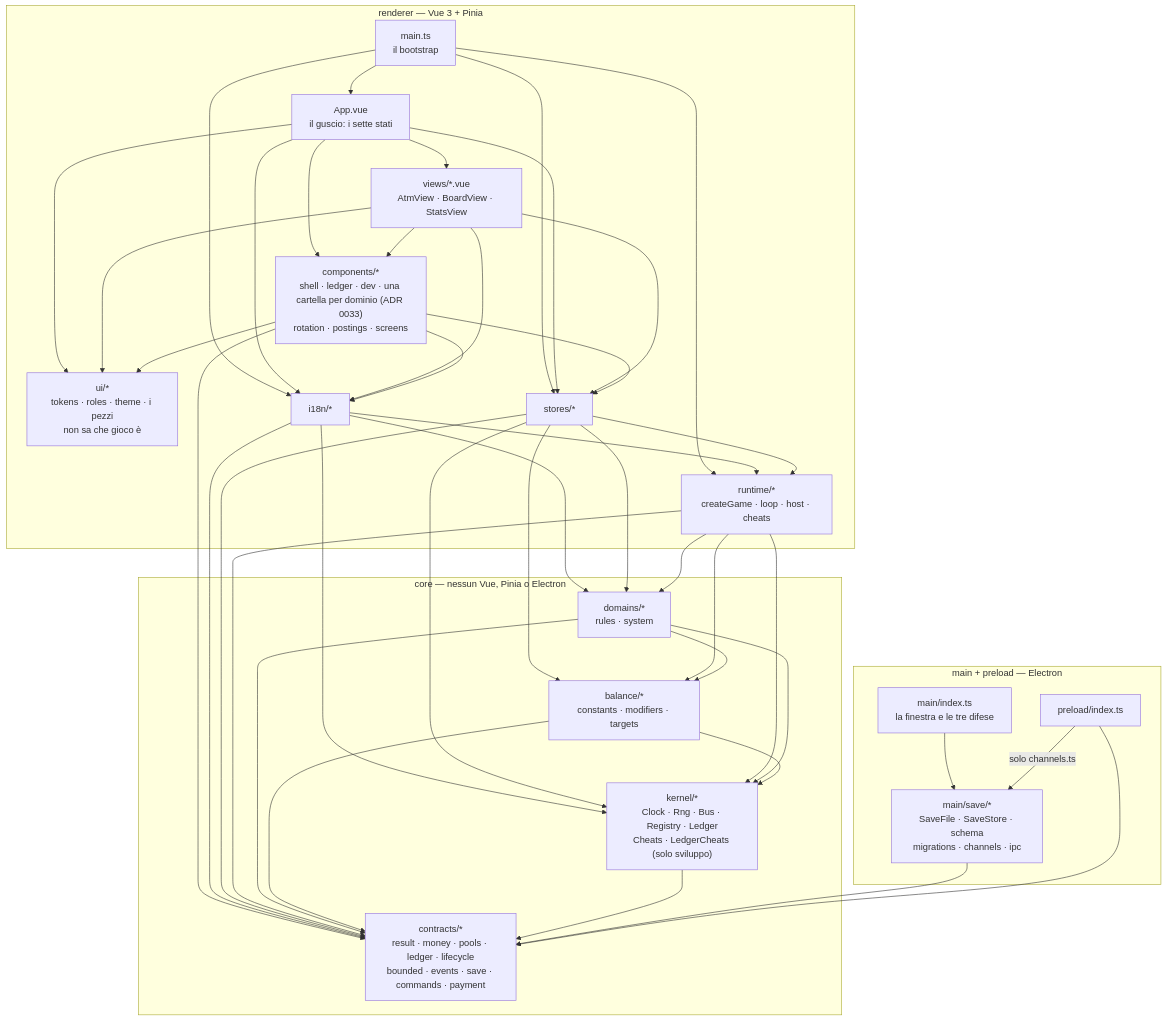
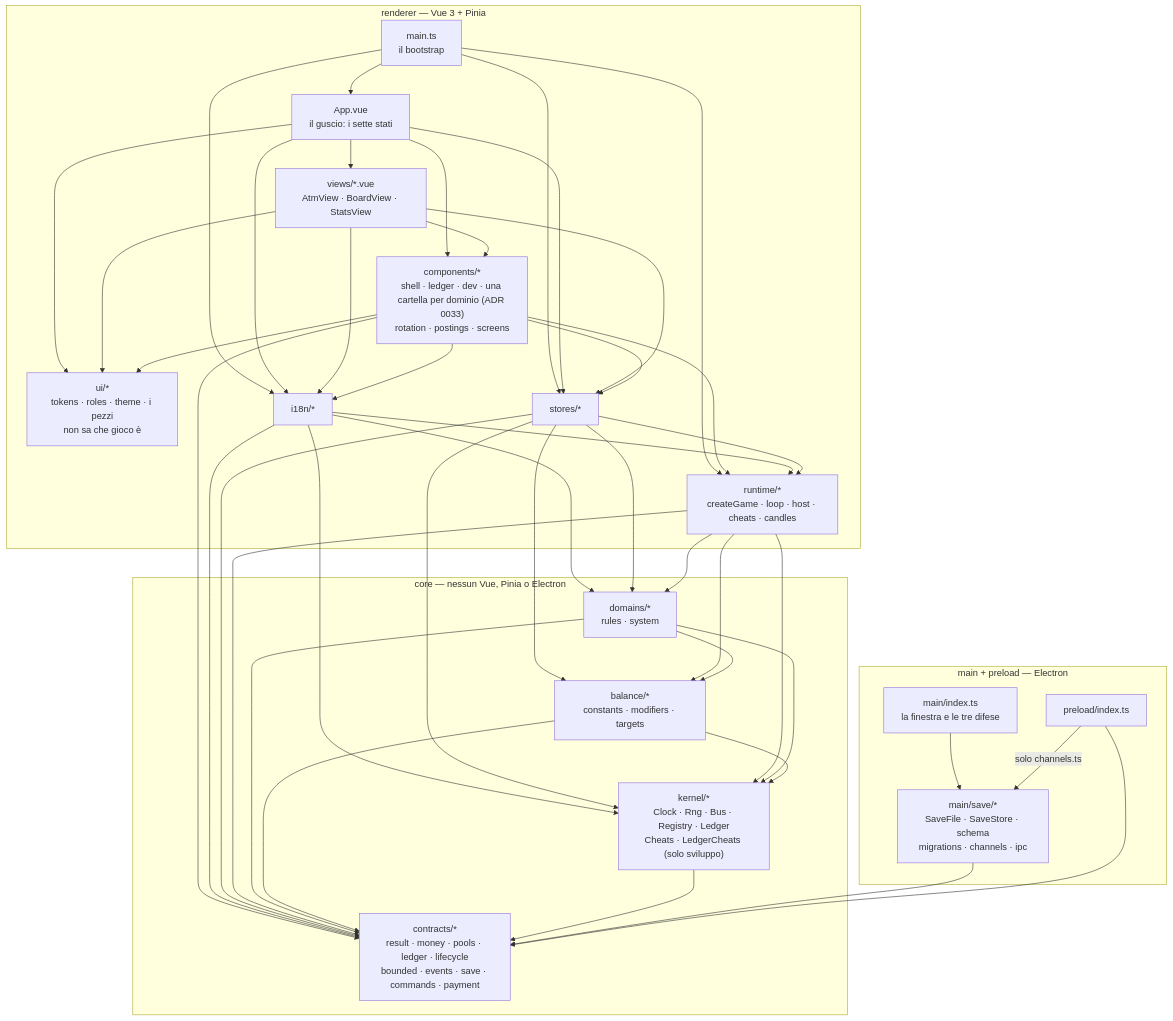
The diagram in docs/architettura.md (devfrx/solvent), drawn with Mermaid before and after one commit. The commit also changed other lines of this file and 7 other files, not shown here.

````diff
--- a/docs/architettura.md
+++ b/docs/architettura.md
@@ -14,67 +14,68 @@
 ```mermaid
 flowchart TD
   subgraph PLAT["main + preload — Electron"]
     MAIN["main/index.ts<br/>la finestra e le tre difese"]
     SAVE["main/save/*<br/>SaveFile · SaveStore · schema<br/>migrations · channels · ipc"]
     PRE["preload/index.ts"]
   end
 
   subgraph REND["renderer — Vue 3 + Pinia"]
     BOOT["main.ts<br/>il bootstrap"]
     APP["App.vue<br/>il guscio: i sette stati"]
     VIEWS["views/*.vue<br/>AtmView · BoardView · StatsView"]
     CMP["components/*<br/>shell · ledger · dev · una cartella per dominio (ADR 0033)<br/>rotation · postings · screens"]
     UI["ui/*<br/>tokens · roles · theme · i pezzi<br/>non sa che gioco è"]
     I18N["i18n/*"]
     ST["stores/*"]
-    RT["runtime/*<br/>createGame · loop · host · cheats"]
+    RT["runtime/*<br/>createGame · loop · host · cheats · candles"]
   end
 
   subgraph CORE["core — nessun Vue, Pinia o Electron"]
     DOM["domains/*<br/>rules · system"]
     BAL["balance/*<br/>constants · modifiers · targets"]
     KER["kernel/*<br/>Clock · Rng · Bus · Registry · Ledger<br/>Cheats · LedgerCheats (solo sviluppo)"]
     CON["contracts/*<br/>result · money · pools · ledger · lifecycle<br/>bounded · events · save · commands · payment"]
   end
 
   BOOT --> APP
   BOOT --> ST
   BOOT --> RT
   BOOT --> I18N
   APP --> VIEWS
   APP --> CMP
   APP --> ST
   APP --> I18N
   VIEWS --> CMP
   VIEWS --> ST
   VIEWS --> I18N
   CMP --> ST
   CMP --> I18N
+  CMP --> RT
   APP --> UI
   VIEWS --> UI
   CMP --> UI
   CMP --> CON
   I18N --> CON
   I18N --> DOM
   I18N --> KER
   I18N --> RT
   ST  --> RT
   ST  --> DOM
   ST  --> KER
   ST  --> BAL
   ST  --> CON
   RT  --> DOM
   RT  --> KER
   RT  --> BAL
   RT  --> CON
   DOM --> BAL
   DOM --> KER
   DOM --> CON
   BAL --> KER
   BAL --> CON
   KER --> CON
   MAIN --> SAVE
   SAVE --> CON
   PRE --> CON
   PRE -->|solo channels.ts| SAVE
 ```
````
